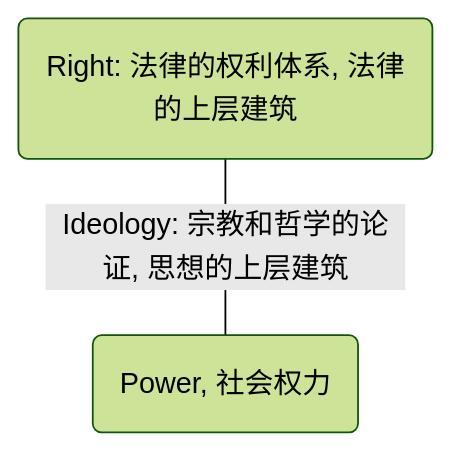
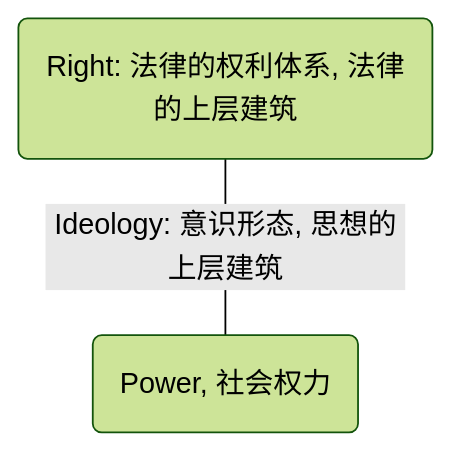
The diagram in 学习笔记/Revolution/马哲学习笔记.md (yindaheng98/My-docs), drawn with Mermaid (forest theme) before and after one commit. The commit also changed other lines of this file, not shown here.

````diff
--- a/学习笔记/Revolution/马哲学习笔记.md
+++ b/学习笔记/Revolution/马哲学习笔记.md
@@ -15,4 +15,4 @@
 ```mermaid
 graph TD
-A(Right: 法律的权利体系, 法律的上层建筑) ---|Ideology: 宗教和哲学的论证, 思想的上层建筑| C(Power, 社会权力)
+A(Right: 法律的权利体系, 法律的上层建筑) ---|Ideology: 意识形态, 思想的上层建筑| C(Power, 社会权力)
 ```
````
